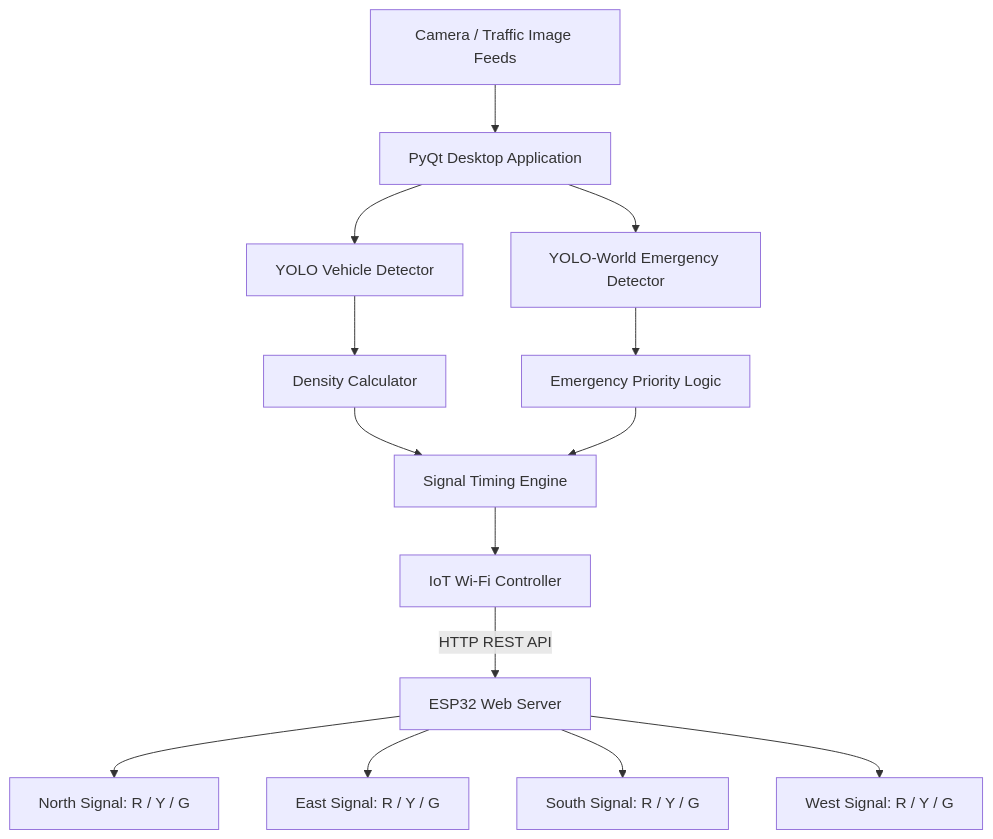
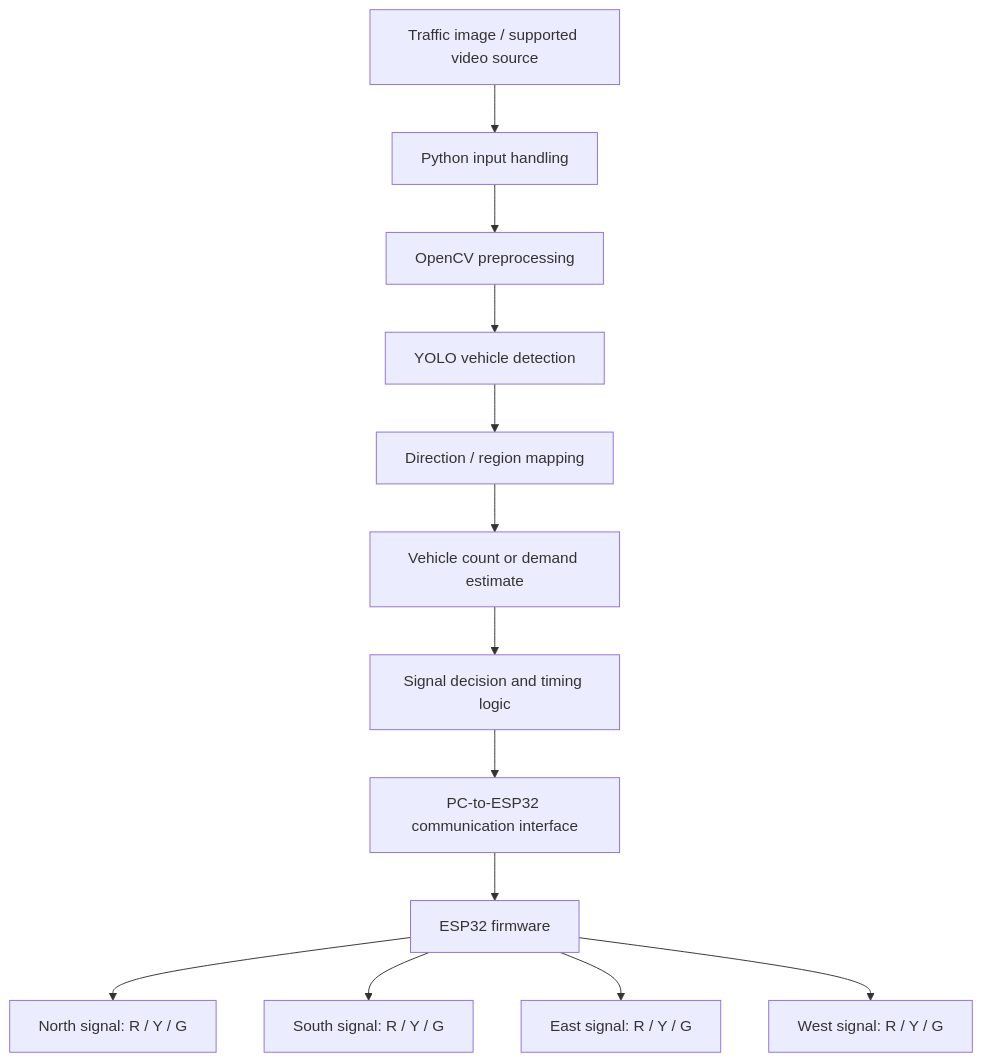
The first of 4 diagrams in README.md (Gurugvs/AI-Traffic-Signal-Control-IoT), drawn with Mermaid before and after one commit. The commit also changed other lines of this file, not shown here.

````diff
--- a/README.md
+++ b/README.md
@@ -68,16 +122,15 @@
 ```mermaid
 flowchart TD
-    A[Camera / Traffic Image Feeds] --> B[PyQt Desktop Application]
-    B --> C[YOLO Vehicle Detector]
-    B --> D[YOLO-World Emergency Detector]
-    C --> E[Density Calculator]
-    D --> F[Emergency Priority Logic]
-    E --> G[Signal Timing Engine]
-    F --> G
-    G --> H[IoT Wi-Fi Controller]
-    H -->|HTTP REST API| I[ESP32 Web Server]
-    I --> J[North Signal: R / Y / G]
-    I --> K[East Signal: R / Y / G]
-    I --> L[South Signal: R / Y / G]
-    I --> M[West Signal: R / Y / G]
+    A[Traffic image / supported video source] --> B[Python input handling]
+    B --> C[OpenCV preprocessing]
+    C --> D[YOLO vehicle detection]
+    D --> E[Direction / region mapping]
+    E --> F[Vehicle count or demand estimate]
+    F --> G[Signal decision and timing logic]
+    G --> H[PC-to-ESP32 communication interface]
+    H --> I[ESP32 firmware]
+    I --> J[North signal: R / Y / G]
+    I --> K[South signal: R / Y / G]
+    I --> L[East signal: R / Y / G]
+    I --> M[West signal: R / Y / G]
 ```
````
